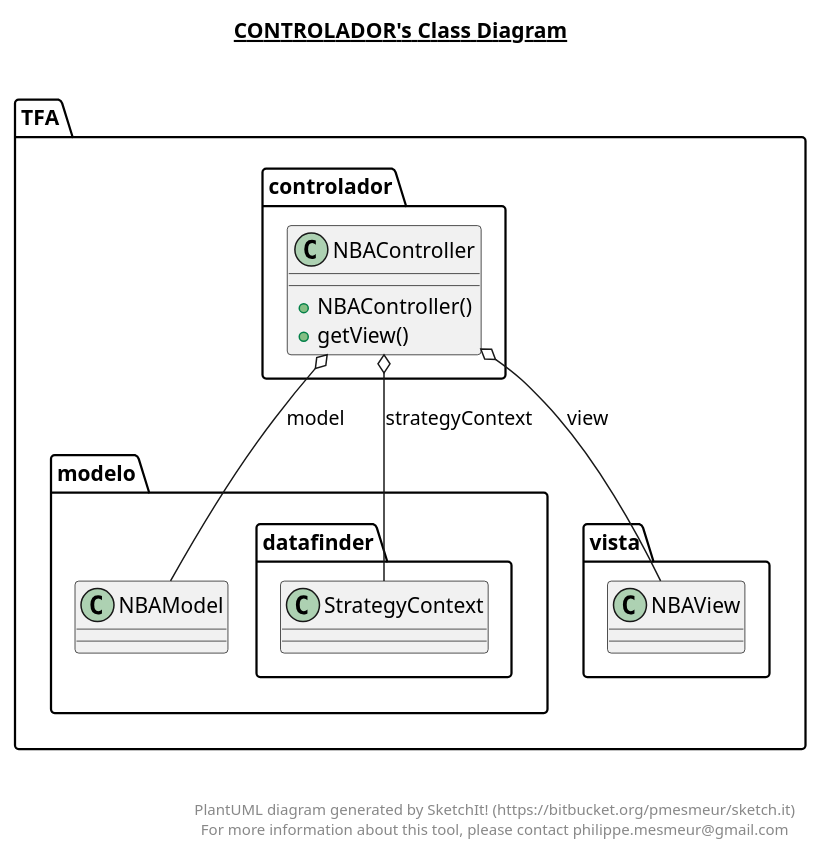
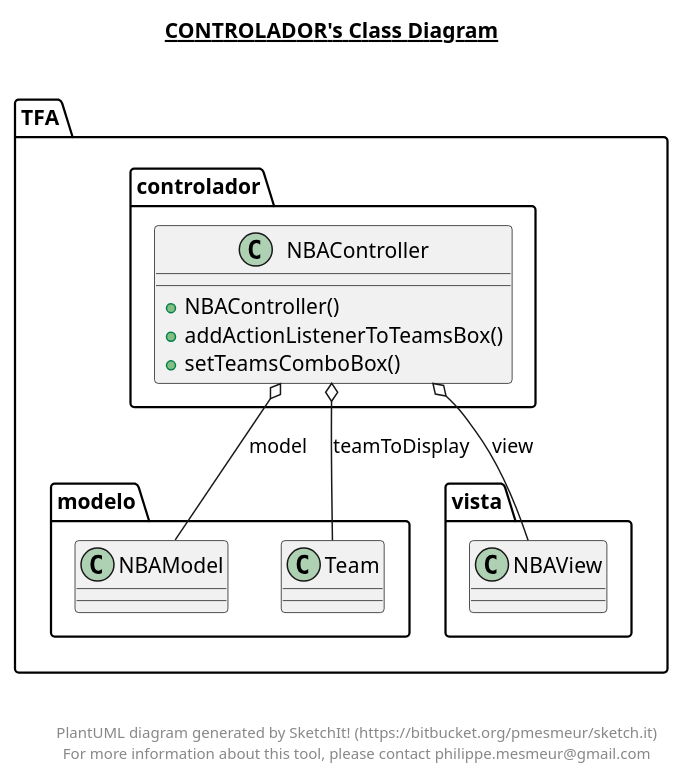
One commit to Diegodmbot/ULL-DAP-TrabajoFinalNBA changed the diagram in src/TFA/controlador/controlador.plantuml. Above: the diagram before and after it, drawn with PlantUML. The commit also changed 12 other files, not shown here.

```diff
--- a/src/TFA/controlador/controlador.plantuml
+++ b/src/TFA/controlador/controlador.plantuml
@@ -1,27 +1,28 @@
 @startuml
 
 title __CONTROLADOR's Class Diagram__\n
 
   namespace TFA {
     namespace controlador {
       class TFA.controlador.NBAController {
           + NBAController()
-          + getView()
+          + addActionListenerToTeamsBox()
+          + setTeamsComboBox()
       }
     }
   }
   
 
   TFA.controlador.NBAController o-- TFA.modelo.NBAModel : model
-  TFA.controlador.NBAController o-- TFA.modelo.datafinder.StrategyContext : strategyContext
+  TFA.controlador.NBAController o-- TFA.modelo.Team : teamToDisplay
   TFA.controlador.NBAController o-- TFA.vista.NBAView : view
 
 
 right footer
 
 
 PlantUML diagram generated by SketchIt! (https://bitbucket.org/pmesmeur/sketch.it)
 For more information about this tool, please contact philippe.mesmeur@gmail.com
 endfooter
 
 @enduml
```
